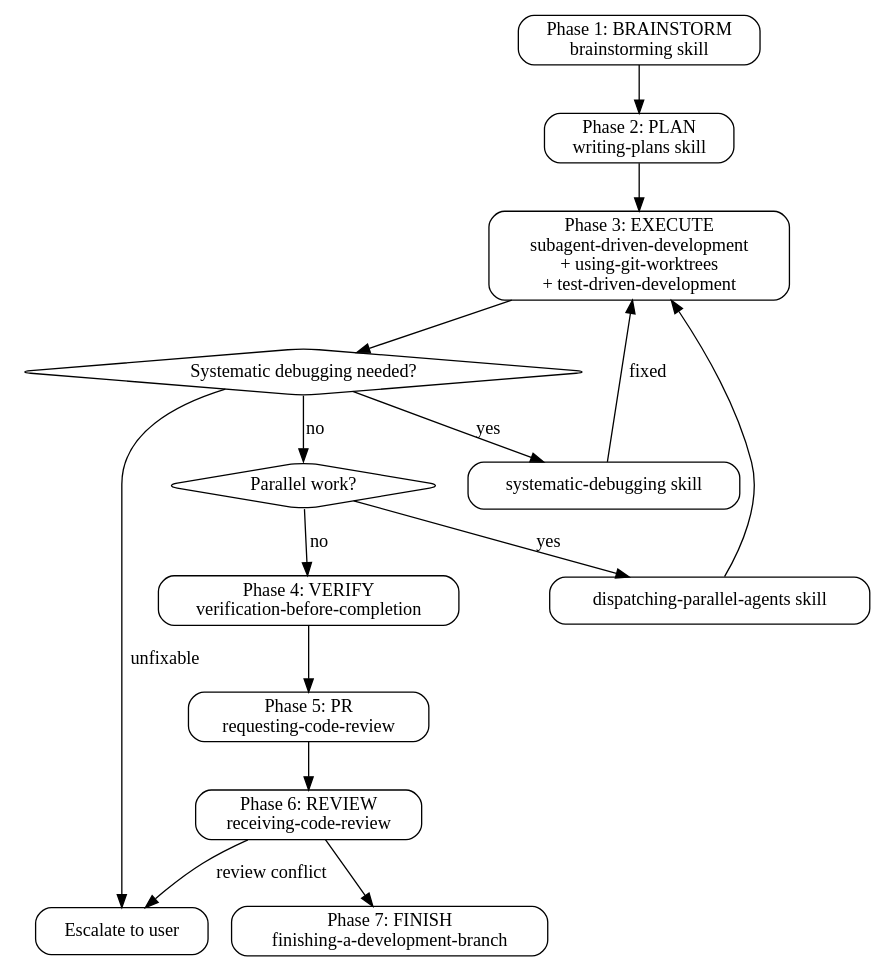
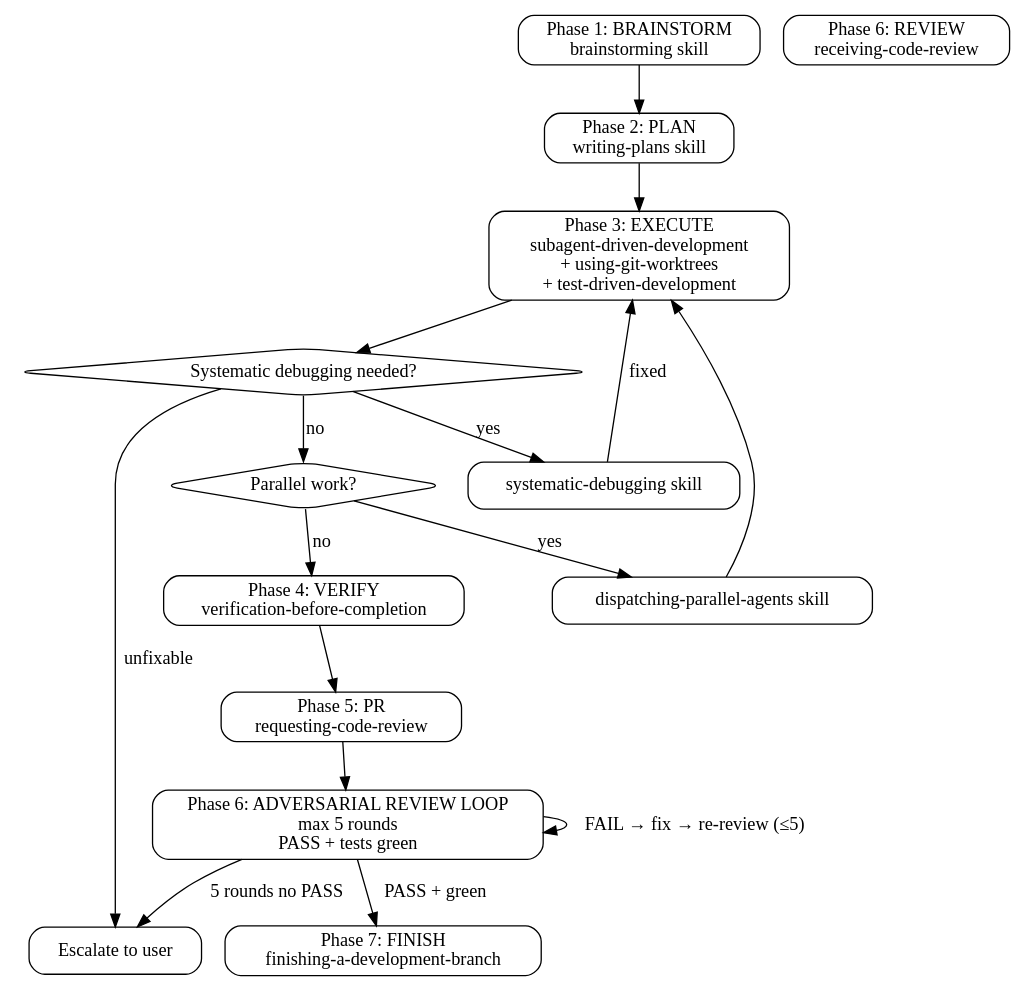
Before and after one commit to DennisLoska/more-dots: the diagram in opencode/skills/oneshot/SKILL.md, drawn with Graphviz. The commit also changed other lines of this file and 38 other files, not shown here.

````diff
--- a/opencode/skills/oneshot/SKILL.md
+++ b/opencode/skills/oneshot/SKILL.md
@@ -63,35 +20,36 @@
 ```dot
 digraph oneshot {
     rankdir=TB;
     node [shape=box, style=rounded];
 
     "Phase 1: BRAINSTORM\nbrainstorming skill" [fillcolor=lightblue];
     "Phase 2: PLAN\nwriting-plans skill" [fillcolor=lightblue];
     "Phase 3: EXECUTE\nsubagent-driven-development\n+ using-git-worktrees\n+ test-driven-development" [fillcolor=lightgreen];
     "Phase 4: VERIFY\nverification-before-completion" [fillcolor=lightyellow];
     "Phase 5: PR\nrequesting-code-review" [fillcolor=lightsalmon];
     "Phase 6: REVIEW\nreceiving-code-review" [fillcolor=lightsalmon];
     "Phase 7: FINISH\nfinishing-a-development-branch" [fillcolor=lightblue];
 
     "Systematic debugging needed?" [shape=diamond];
     "systematic-debugging skill" [fillcolor=orange];
     "Parallel work?" [shape=diamond];
     "dispatching-parallel-agents skill" [fillcolor=orange];
     "Escalate to user" [shape=box, fillcolor=red];
 
     "Phase 1: BRAINSTORM\nbrainstorming skill" -> "Phase 2: PLAN\nwriting-plans skill";
     "Phase 2: PLAN\nwriting-plans skill" -> "Phase 3: EXECUTE\nsubagent-driven-development\n+ using-git-worktrees\n+ test-driven-development";
     "Phase 3: EXECUTE\nsubagent-driven-development\n+ using-git-worktrees\n+ test-driven-development" -> "Systematic debugging needed?";
     "Systematic debugging needed?" -> "systematic-debugging skill" [label="yes"];
     "systematic-debugging skill" -> "Phase 3: EXECUTE\nsubagent-driven-development\n+ using-git-worktrees\n+ test-driven-development" [label="fixed"];
     "Systematic debugging needed?" -> "Parallel work?" [label="no"];
     "Parallel work?" -> "dispatching-parallel-agents skill" [label="yes"];
     "dispatching-parallel-agents skill" -> "Phase 3: EXECUTE\nsubagent-driven-development\n+ using-git-worktrees\n+ test-driven-development";
     "Parallel work?" -> "Phase 4: VERIFY\nverification-before-completion" [label="no"];
     "Phase 4: VERIFY\nverification-before-completion" -> "Phase 5: PR\nrequesting-code-review";
-    "Phase 5: PR\nrequesting-code-review" -> "Phase 6: REVIEW\nreceiving-code-review";
-    "Phase 6: REVIEW\nreceiving-code-review" -> "Phase 7: FINISH\nfinishing-a-development-branch";
-    "Phase 6: REVIEW\nreceiving-code-review" -> "Escalate to user" [label="review conflict"];
+    "Phase 5: PR\nrequesting-code-review" -> "Phase 6: ADVERSARIAL REVIEW LOOP\nmax 5 rounds\nPASS + tests green";
+    "Phase 6: ADVERSARIAL REVIEW LOOP\nmax 5 rounds\nPASS + tests green" -> "Phase 7: FINISH\nfinishing-a-development-branch" [label="PASS + green"];
+    "Phase 6: ADVERSARIAL REVIEW LOOP\nmax 5 rounds\nPASS + tests green" -> "Phase 6: ADVERSARIAL REVIEW LOOP\nmax 5 rounds\nPASS + tests green" [label="FAIL → fix → re-review (≤5)"];
+    "Phase 6: ADVERSARIAL REVIEW LOOP\nmax 5 rounds\nPASS + tests green" -> "Escalate to user" [label="5 rounds no PASS"];
     "Systematic debugging needed?" -> "Escalate to user" [label="unfixable"];
 }
 ```
````
